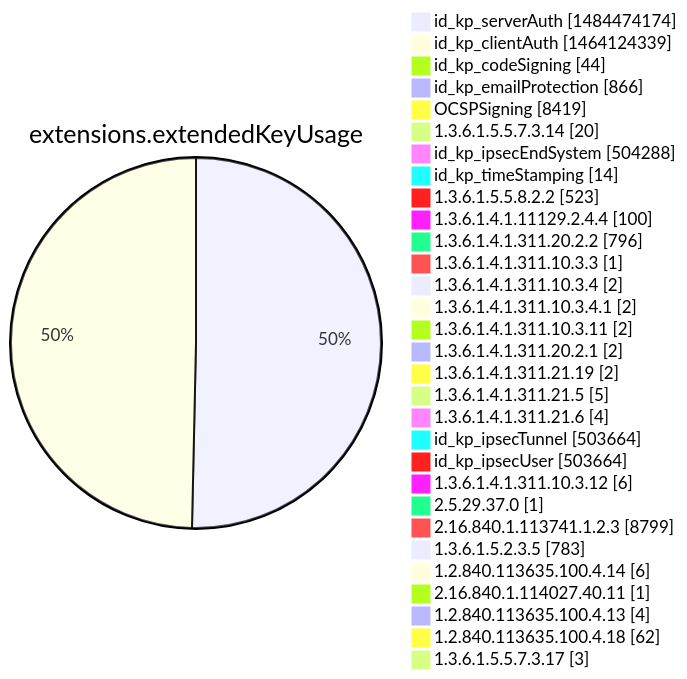
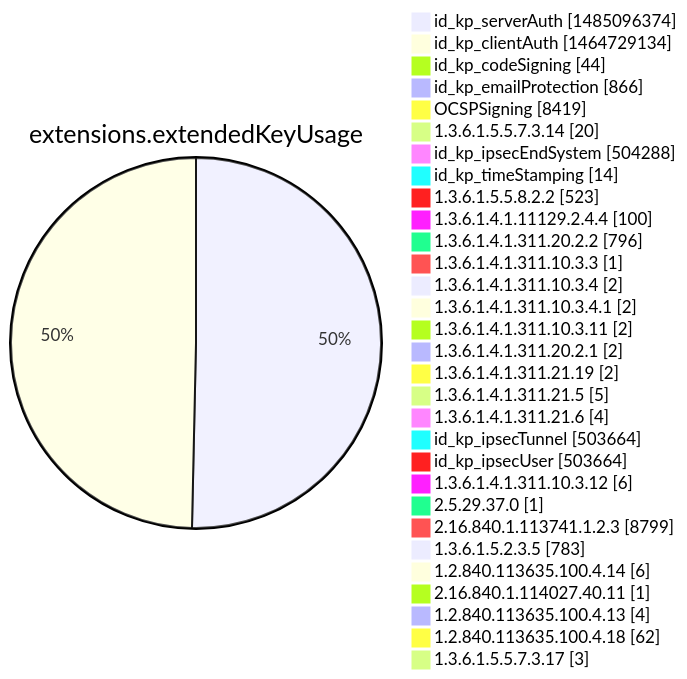
Before and after one commit to christiankrug/ctmonitor_visualization: diagram 12 of 15 in argon2022/README.md, drawn with Mermaid. The commit also changed other lines of this file, not shown here.

````diff
--- a/argon2022/README.md
+++ b/argon2022/README.md
@@ -3555,34 +3555,34 @@
 ```mermaid
 pie showData
 title extensions.extendedKeyUsage
-"id_kp_serverAuth" :1484474174
-"id_kp_clientAuth" :1464124339
+"id_kp_serverAuth" :1485096374
+"id_kp_clientAuth" :1464729134
 "id_kp_codeSigning" :44
 "id_kp_emailProtection" :866
 "OCSPSigning" :8419
 "1.3.6.1.5.5.7.3.14" :20
 "id_kp_ipsecEndSystem" :504288
 "id_kp_timeStamping" :14
 "1.3.6.1.5.5.8.2.2" :523
 "1.3.6.1.4.1.11129.2.4.4" :100
 "1.3.6.1.4.1.311.20.2.2" :796
 "1.3.6.1.4.1.311.10.3.3" :1
 "1.3.6.1.4.1.311.10.3.4" :2
 "1.3.6.1.4.1.311.10.3.4.1" :2
 "1.3.6.1.4.1.311.10.3.11" :2
 "1.3.6.1.4.1.311.20.2.1" :2
 "1.3.6.1.4.1.311.21.19" :2
 "1.3.6.1.4.1.311.21.5" :5
 "1.3.6.1.4.1.311.21.6" :4
 "id_kp_ipsecTunnel" :503664
 "id_kp_ipsecUser" :503664
 "1.3.6.1.4.1.311.10.3.12" :6
 "2.5.29.37.0" :1
 "2.16.840.1.113741.1.2.3" :8799
 "1.3.6.1.5.2.3.5" :783
 "1.2.840.113635.100.4.14" :6
 "2.16.840.1.114027.40.11" :1
 "1.2.840.113635.100.4.13" :4
 "1.2.840.113635.100.4.18" :62
 "1.3.6.1.5.5.7.3.17" :3
 ```
````
